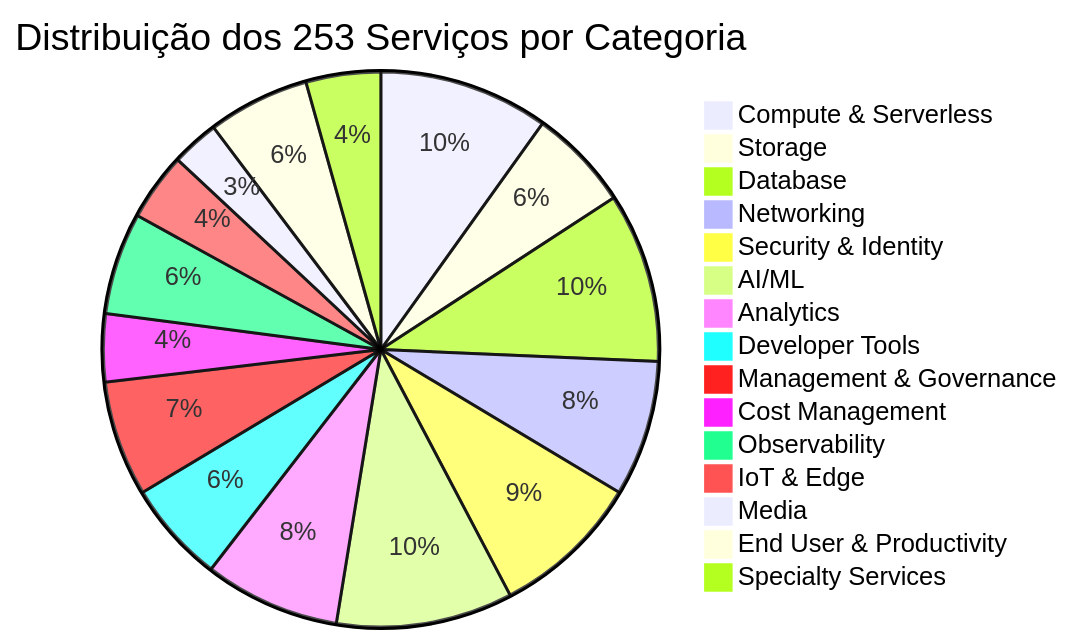
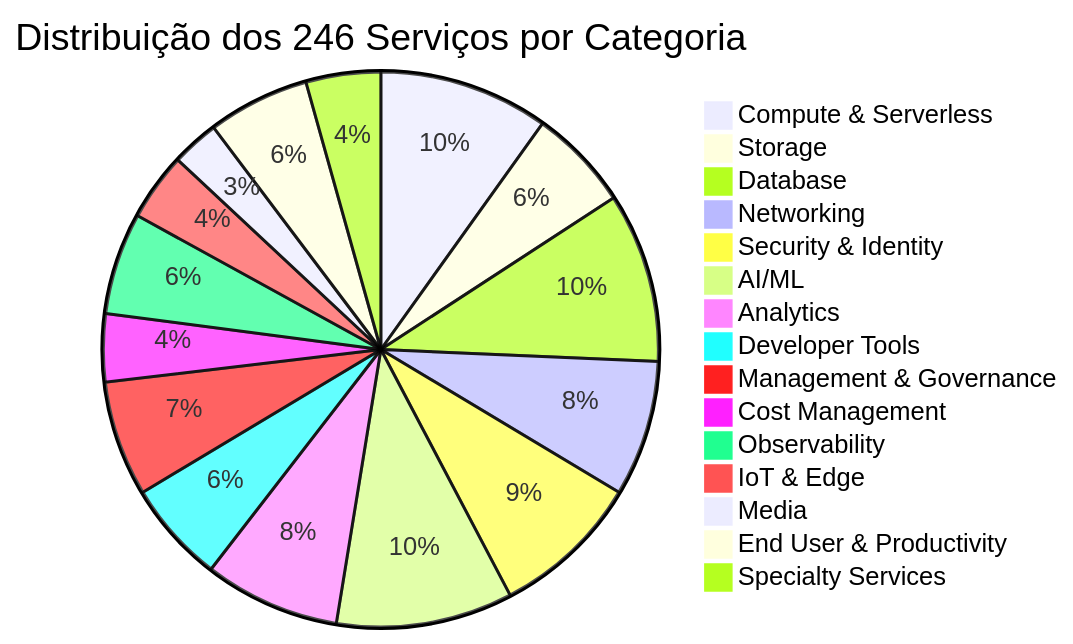
One commit to FELIPEACASTRO/finops-aws-bdr changed the seventh of 13 diagrams in docs/FUNCTIONAL_GUIDE.md. Above: the diagram before and after it, drawn with Mermaid. The commit also changed other lines of this file and 11 other files, not shown here.

````diff
--- a/docs/FUNCTIONAL_GUIDE.md
+++ b/docs/FUNCTIONAL_GUIDE.md
@@ -566,18 +571,18 @@
 ```mermaid
-pie title Distribuição dos 253 Serviços por Categoria
+pie title Distribuição dos 246 Serviços por Categoria
     "Compute & Serverless" : 25
     "Storage" : 15
     "Database" : 25
     "Networking" : 20
     "Security & Identity" : 22
     "AI/ML" : 26
     "Analytics" : 20
     "Developer Tools" : 15
     "Management & Governance" : 17
     "Cost Management" : 10
     "Observability" : 15
     "IoT & Edge" : 10
     "Media" : 7
     "End User & Productivity" : 15
     "Specialty Services" : 11
 ```
````
